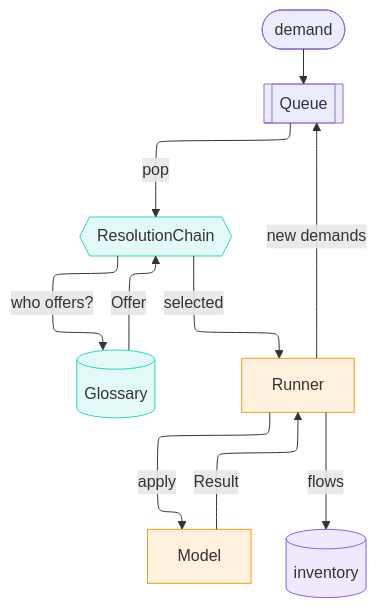
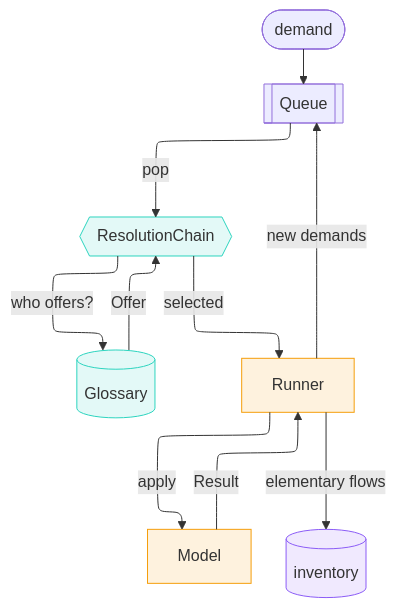
Before and after one commit to TimoDiepers/trailrunner: the diagram in docs/pitch-5min.md, drawn with Mermaid. The commit also changed 1 other file, not shown here.

Commit message:
docs(showcase): label the runner-to-inventory arrow as elementary flows

````diff
--- a/docs/pitch-5min.md
+++ b/docs/pitch-5min.md
@@ -77,20 +77,20 @@
 ```mermaid
 %%{init: {'layout': 'elk'}}%%
 flowchart TB
     D([demand]) --> Q[[Queue]]
     Q -->|pop| C{{ResolutionChain}}
     C -->|who offers?| G[(Glossary)]
     G -->|Offer| C
     C -->|selected| R[Runner]
     R -->|apply| M[Model]
     M -->|Result| R
     R -->|new demands| Q
-    R -->|flows| I[(inventory)]
+    R -->|elementary flows| I[(inventory)]
 
     classDef resolution fill:#2dd4bf22,stroke:#2dd4bf
     classDef execution fill:#f59e0b22,stroke:#f59e0b
     classDef record fill:#8b5cf622,stroke:#8b5cf6
     class C,G resolution
     class R,M execution
     class I record
 ```
````
